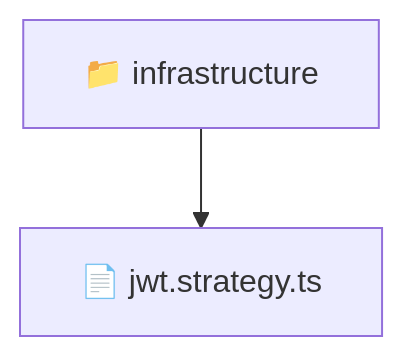
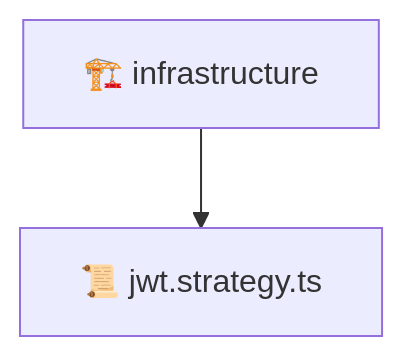
One commit to beginwebdev2002/fullstack-mavluda changed the diagram in backend/src/modules/auth/infrastructure/README.md. Above: the diagram before and after it, drawn with Mermaid. The commit also changed other lines of this file and 163 other files, not shown here.

````diff
--- a/backend/src/modules/auth/infrastructure/README.md
+++ b/backend/src/modules/auth/infrastructure/README.md
@@ -9,5 +9,5 @@
 ```mermaid
 graph TD
-  Root["📁 infrastructure"]
-  Root --> jwt_strategy_ts["📄 jwt.strategy.ts"]
+  infrastructure["🏗️ infrastructure"]
+  infrastructure --> jwt_strategy_ts["📜 jwt.strategy.ts"]
 ```
````
